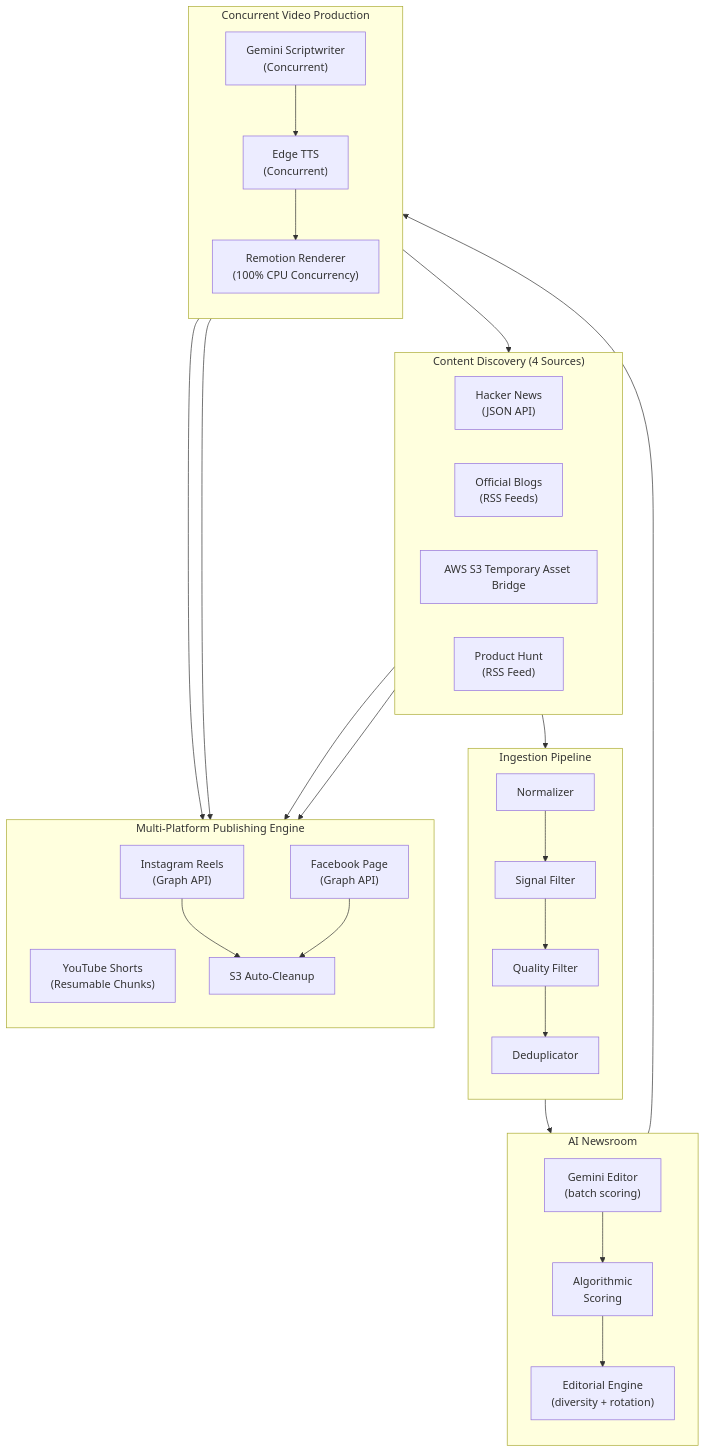
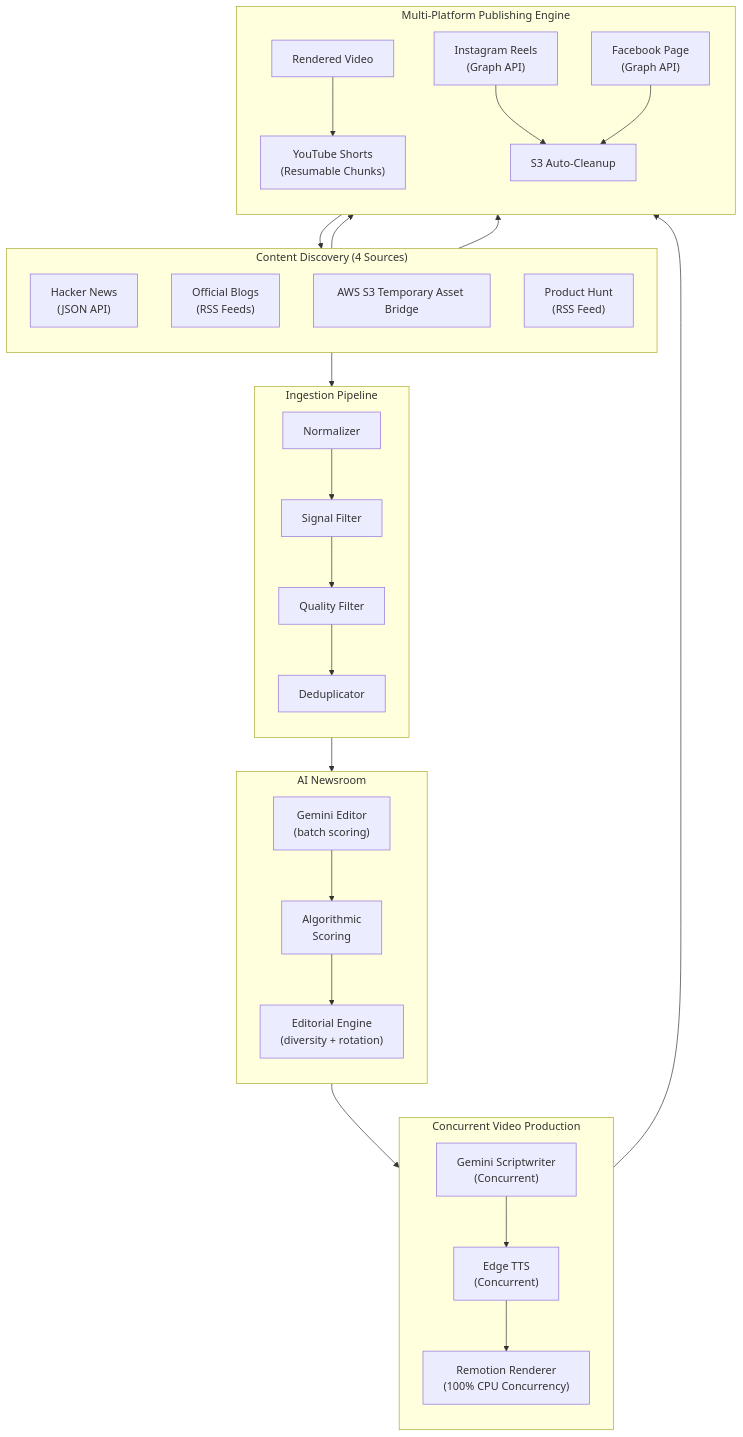
One commit to vishnu108shanker/Devbyte-Engine changed the diagram in README.md. Above: the diagram before and after it, drawn with Mermaid.

Commit message:
fix Mermaid architecture diagram

````diff
--- a/README.md
+++ b/README.md
@@ -15,44 +15,44 @@
 ```mermaid
 flowchart TD
-    subgraph Discovery ["Content Discovery (4 Sources)"]
-        direction LR
-        S1["Hacker News\n(JSON API)"]
-        S2["Official Blogs\n(RSS Feeds)"]
-        S3["GitHub Releases\n(REST API)"]
-        S4["Product Hunt\n(RSS Feed)"]
+    subgraph discovery["Content Discovery (4 Sources)"]
+        direction TB
+        S1["Hacker News<br/>(JSON API)"]
+        S2["Official Blogs<br/>(RSS Feeds)"]
+        S3["GitHub Releases<br/>(REST API)"]
+        S4["Product Hunt<br/>(RSS Feed)"]
     end
 
-    subgraph Ingestion ["Ingestion Pipeline"]
+    subgraph ingestion["Ingestion Pipeline"]
         direction TB
         N["Normalizer"] --> SF["Signal Filter"]
         SF --> QF["Quality Filter"]
         QF --> DD["Deduplicator"]
     end
 
-    subgraph Intelligence ["AI Newsroom"]
+    subgraph intelligence["AI Newsroom"]
         direction TB
-        EV["Gemini Editor\n(batch scoring)"] --> SC["Algorithmic\nScoring"]
-        SC --> ED["Editorial Engine\n(diversity + rotation)"]
+        EV["Gemini Editor<br/>(batch scoring)"] --> SC["Algorithmic<br/>Scoring"]
+        SC --> ED["Editorial Engine<br/>(diversity + rotation)"]
     end
 
-    subgraph Production ["Concurrent Video Production"]
+    subgraph production["Concurrent Video Production"]
         direction TB
-        GS["Gemini Scriptwriter\n(Concurrent)"] --> TTS["Edge TTS\n(Concurrent)"]
-        TTS --> REM["Remotion Renderer\n(100% CPU Concurrency)"]
+        GS["Gemini Scriptwriter<br/>(Concurrent)"] --> TTS["Edge TTS<br/>(Concurrent)"]
+        TTS --> REM["Remotion Renderer<br/>(100% CPU Concurrency)"]
     end
 
-    subgraph Publishing ["Multi-Platform Publishing Engine"]
+    subgraph publishing["Multi-Platform Publishing Engine"]
         direction TB
-        REM --> YT["YouTube Shorts\n(Resumable Chunks)"]
-        REM --> S3["AWS S3 Temporary Asset Bridge"]
-        S3 --> IG["Instagram Reels\n(Graph API)"]
-        S3 --> FB["Facebook Page\n(Graph API)"]
+        OUT["Rendered Video"] --> YT["YouTube Shorts<br/>(Resumable Chunks)"]
+        OUT --> S3["AWS S3 Temporary Asset Bridge"]
+        S3 --> IG["Instagram Reels<br/>(Graph API)"]
+        S3 --> FB["Facebook Page<br/>(Graph API)"]
         IG --> DEL["S3 Auto-Cleanup"]
         FB --> DEL
     end
 
-    Discovery --> Ingestion
-    Ingestion --> Intelligence
-    Intelligence --> Production
-    Production --> Publishing
+    discovery --> ingestion
+    ingestion --> intelligence
+    intelligence --> production
+    production --> publishing
 ```
````
